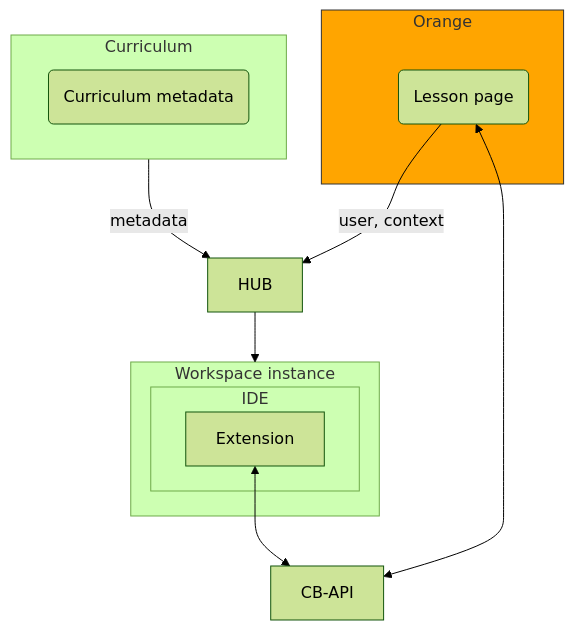
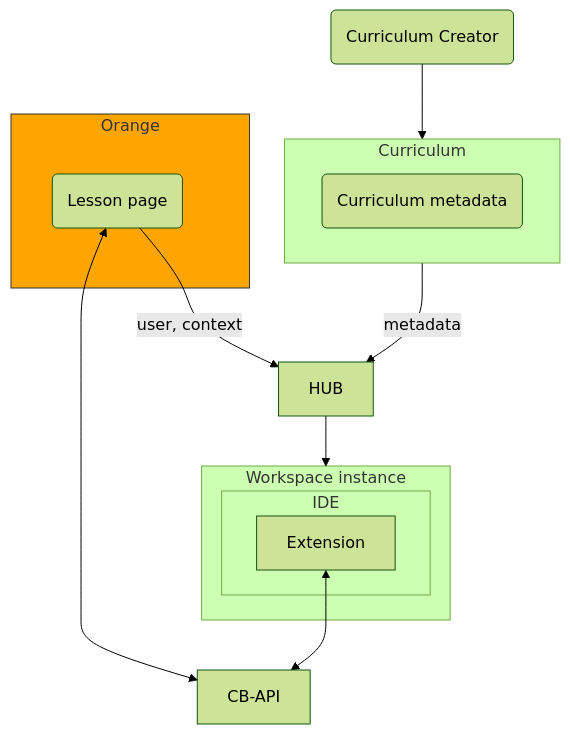
One commit to CodeBerrySchool/Toolkit-flowcharts changed the diagram in README.md. Above: the diagram before and after it, drawn with Mermaid (forest theme).

Commit message:
added Curriculum Creator

````diff
--- a/README.md
+++ b/README.md
@@ -3,25 +3,26 @@
 ```mermaid
 flowchart TB
   
   subgraph Orange
     Lesson(Lesson page)
   end
   
   subgraph Workspace [Workspace instance]
     subgraph IDE
       Extension
     end
   end
   
   subgraph Curriculum
     id1(Curriculum metadata)
   end
   
+  Creator(Curriculum Creator) --> Curriculum
   Extension <--> CB-API
   Lesson --> |user, context| HUB
   Lesson <--> CB-API
   HUB --> Workspace
   Curriculum --> |metadata| HUB
   
   style Orange fill:#FFA500,stroke:#333
 ```
````
